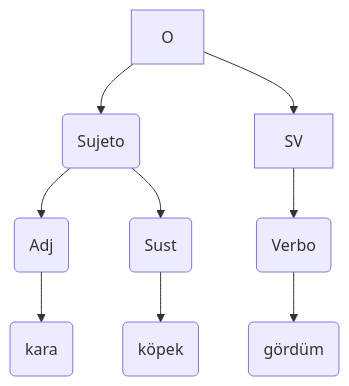
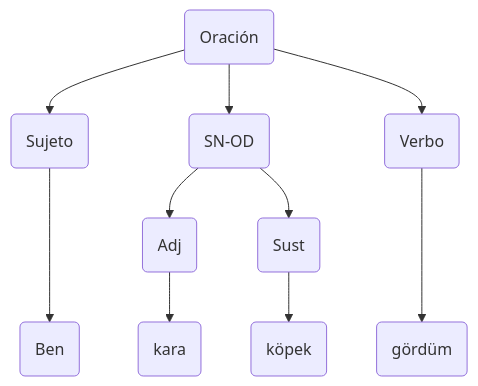
The first of 2 diagrams in docs/Salamanca_SEEC_2026/Salamanca_Vocabulario.md (pajaro1966/Asignaturas), drawn with Mermaid before and after one commit. The commit also changed other lines of this file and 15 other files, not shown here.

````diff
--- a/docs/Salamanca_SEEC_2026/Salamanca_Vocabulario.md
+++ b/docs/Salamanca_SEEC_2026/Salamanca_Vocabulario.md
@@ -39,14 +39,12 @@
     ```mermaid
     flowchart TB
 
-    O-->Sujeto("Sujeto")
+    O("Oración")-->Sujeto("Sujeto")--->Pron("Ben")
 
-    Sujeto-->Adj("Adj")-->kara("kara")
+    O-->SN("SN-OD")-->Adj("Adj")-->kara("kara")
 
-    Sujeto-->Sust("Sust")-->köpek("köpek")
+    SN-->Sust("Sust")-->köpek("köpek")
 
-    O-->SV
-    
-    SV-->Verbo("Verbo")-->gördüm("gördüm")
+    O-->Verbo("Verbo")--->gördüm("gördüm")
 
     ```
````
